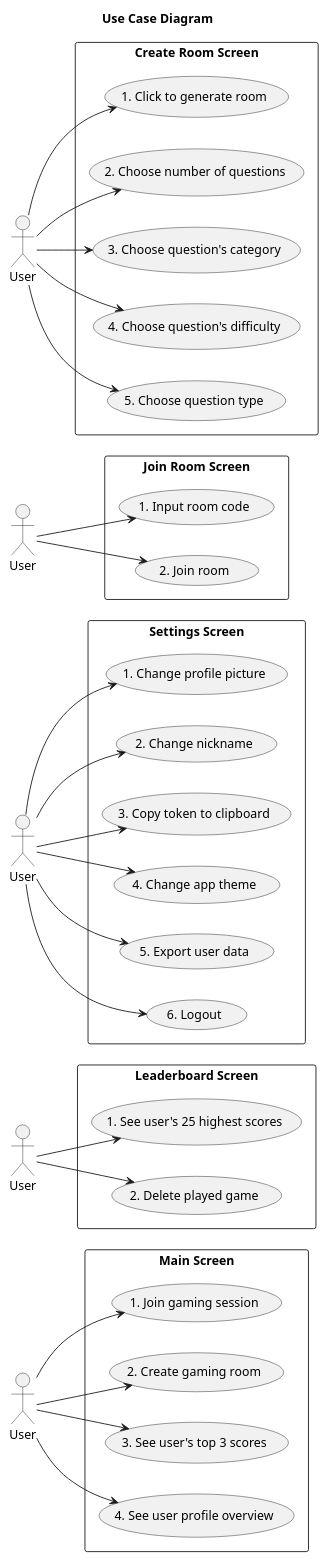
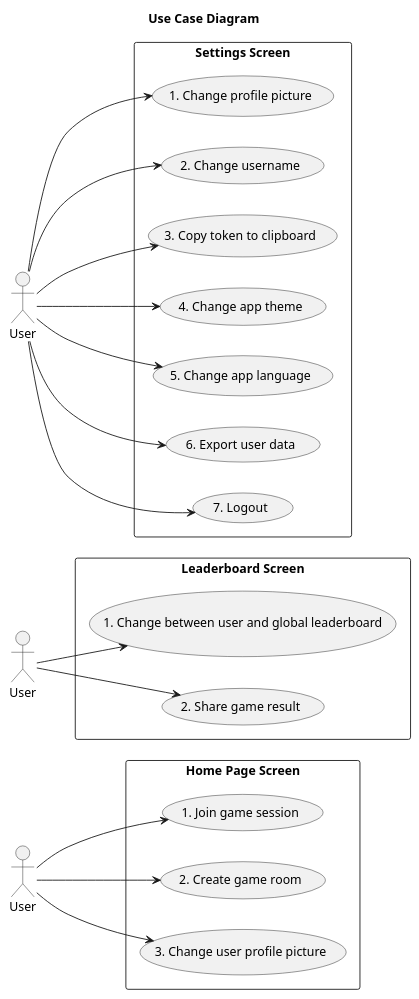
Before and after one commit to 8126Lucas/DSSMV_ProjectReact_1241131_1241008: the diagram in UMLs/puml/UC/UC.puml, drawn with PlantUML. The commit also changed 10 other files, not shown here.

Commit message:
Lucas e Miguel: - Alterações nos diagramas

```diff
--- a/UMLs/puml/UC/UC.puml
+++ b/UMLs/puml/UC/UC.puml
@@ -1,65 +1,43 @@
 @startuml
 'https://plantuml.com/use-case-diagram
 left to right direction
 title Use Case Diagram
 
 actor "User" as usms
-rectangle "Main Screen" {
-    usecase "1. Join gaming session" as UCMS1
-    usecase "2. Create gaming room" as UCMS2
-    usecase "3. See user's top 3 scores" as UCMS3
-    usecase "4. See user profile overview" as UCMS4
+rectangle "Home Page Screen" {
+    usecase "1. Join game session" as UCMS1
+    usecase "2. Create game room" as UCMS2
+    usecase "3. Change user profile picture" as UCMS3
 }
 usms --> UCMS1
 usms --> UCMS2
 usms --> UCMS3
-usms --> UCMS4
 
 actor "User" as uslb
 rectangle "Leaderboard Screen" {
-    usecase "1. See user's 25 highest scores" as UCLB1
-    usecase "2. Delete played game" as UCLB2
+    usecase "1. Change between user and global leaderboard" as UCLB1
+    usecase "2. Share game result" as UCLB2
 }
 uslb --> UCLB1
 uslb --> UCLB2
 
 actor "User" as usss
 rectangle "Settings Screen" {
     usecase "1. Change profile picture" as UCSS1
-    usecase "2. Change nickname" as UCSS2
+    usecase "2. Change username" as UCSS2
     usecase "3. Copy token to clipboard" as UCSS3
     usecase "4. Change app theme" as UCSS4
-    usecase "5. Export user data" as UCSS5
-    usecase "6. Logout" as UCSS6
+    usecase "5. Change app language" as UCSS5
+    usecase "6. Export user data" as UCSS6
+    usecase "7. Logout" as UCSS7
 }
 usss --> UCSS1
 usss --> UCSS2
 usss --> UCSS3
 usss --> UCSS4
 usss --> UCSS5
 usss --> UCSS6
-
-actor "User" as usjs
-rectangle "Join Room Screen" {
-    usecase "1. Input room code" as UCJS1
-    usecase "2. Join room" as UCJS2
-}
-usjs --> UCJS1
-usjs --> UCJS2
+usss --> UCSS7
 
 
-actor "User" as uscs
-rectangle "Create Room Screen" {
-    usecase "1. Click to generate room" as UCCS1
-    usecase "2. Choose number of questions" as UCCS2
-    usecase "3. Choose question's category" as UCCS3
-    usecase "4. Choose question's difficulty" as UCCS4
-    usecase "5. Choose question type" as UCCS5
-}
-uscs --> UCCS1
-uscs --> UCCS2
-uscs --> UCCS3
-uscs --> UCCS4
-uscs --> UCCS5
-
 @enduml
```
